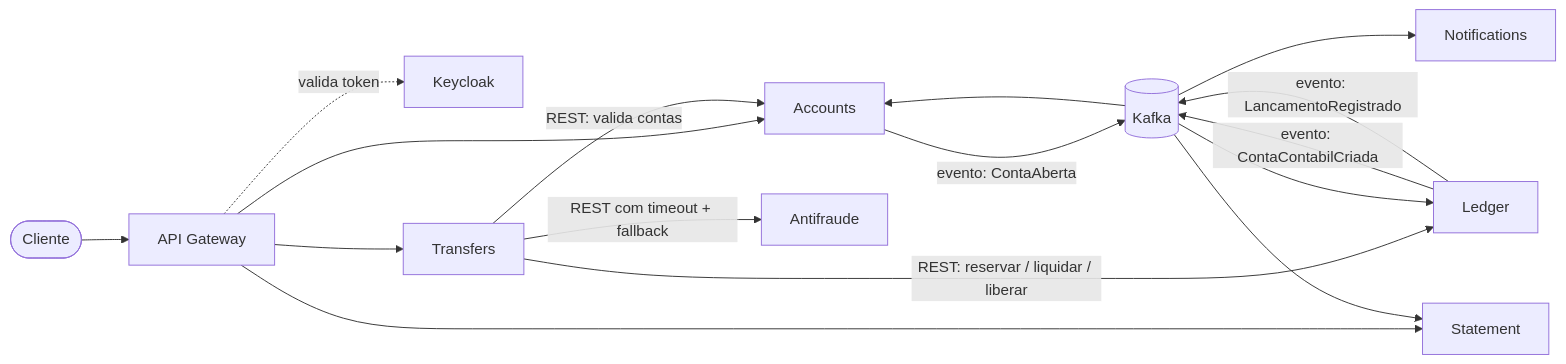
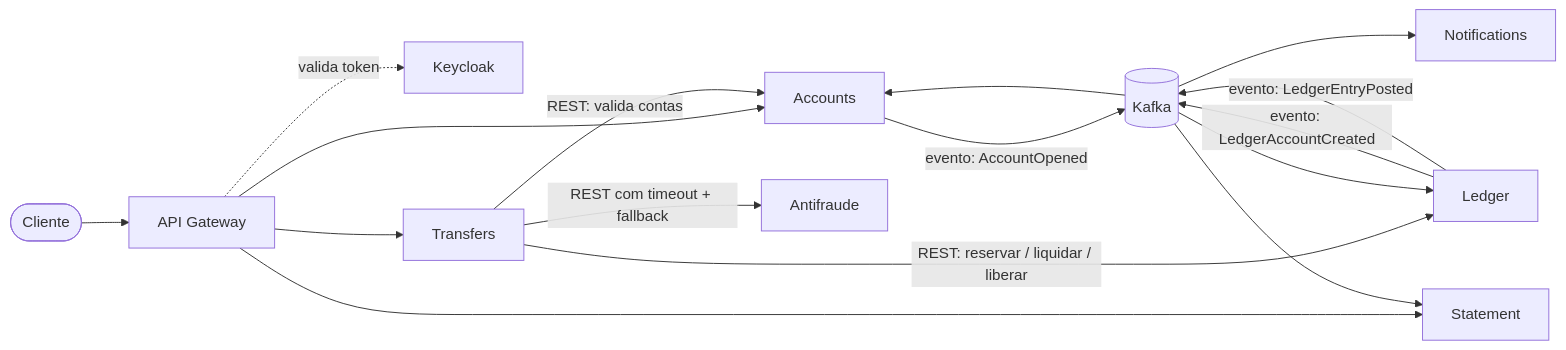
The diagram in docs/arquitetura/visao-geral.md (ErickSoares95/KiPay), drawn with Mermaid before and after one commit. The commit also changed other lines of this file and 4 other files, not shown here.

````diff
--- a/docs/arquitetura/visao-geral.md
+++ b/docs/arquitetura/visao-geral.md
@@ -58,21 +58,21 @@
 ```mermaid
 flowchart LR
     Cliente([Cliente]) --> GW[API Gateway]
     GW -. valida token .-> KC[Keycloak]
     GW --> ACC[Accounts]
     GW --> TRF[Transfers]
     GW --> STM[Statement]
 
     TRF -- "REST: valida contas" --> ACC
     TRF -- "REST: reservar / liquidar / liberar" --> LED[Ledger]
     TRF -- "REST com timeout + fallback" --> AF[Antifraude]
 
-    ACC -- "evento: ContaAberta" --> MQ[(Kafka)]
+    ACC -- "evento: AccountOpened" --> MQ[(Kafka)]
     MQ --> LED
-    LED -- "evento: ContaContabilCriada" --> MQ
+    LED -- "evento: LedgerAccountCreated" --> MQ
     MQ --> ACC
 
-    LED -- "evento: LancamentoRegistrado" --> MQ
+    LED -- "evento: LedgerEntryPosted" --> MQ
     MQ --> STM
     MQ --> NTF[Notifications]
 ```
````
